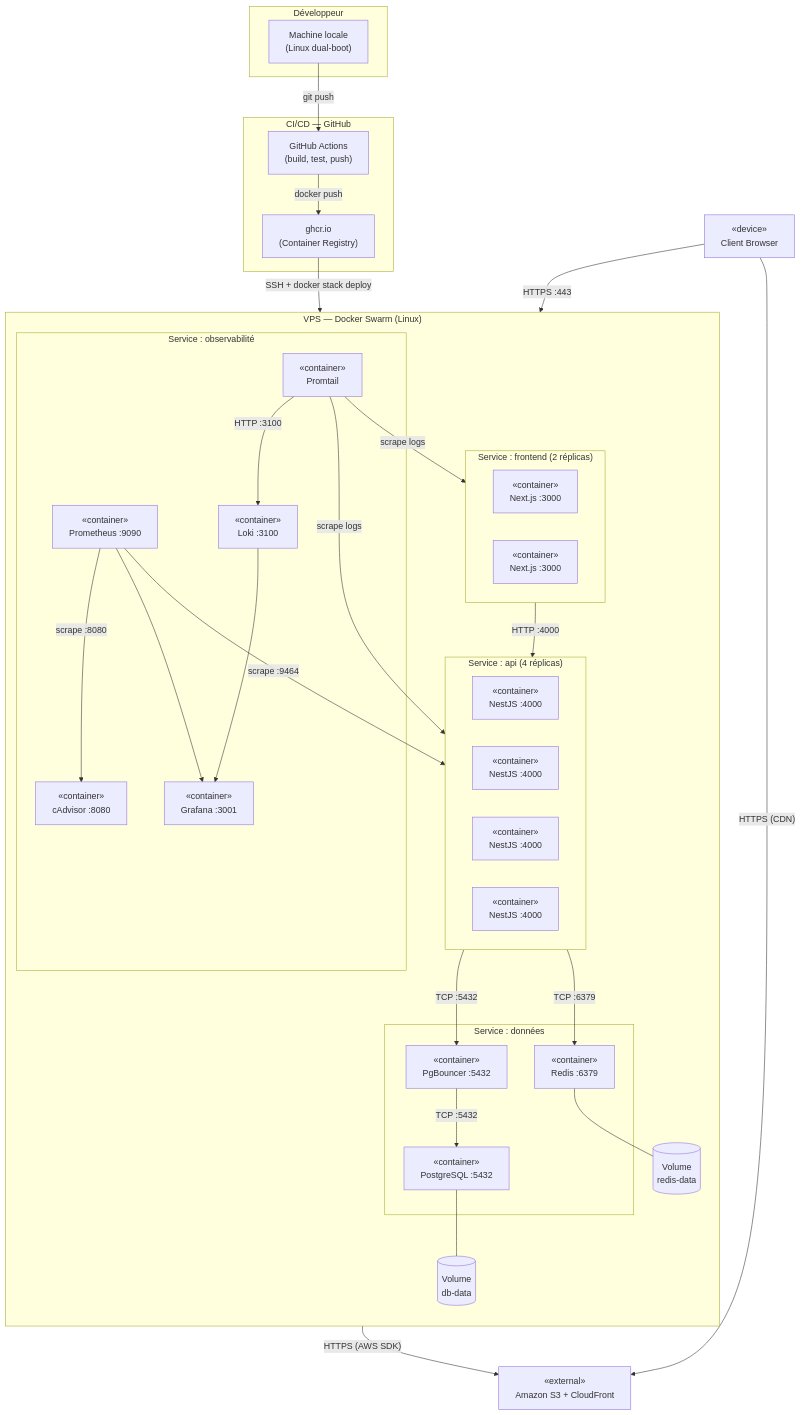
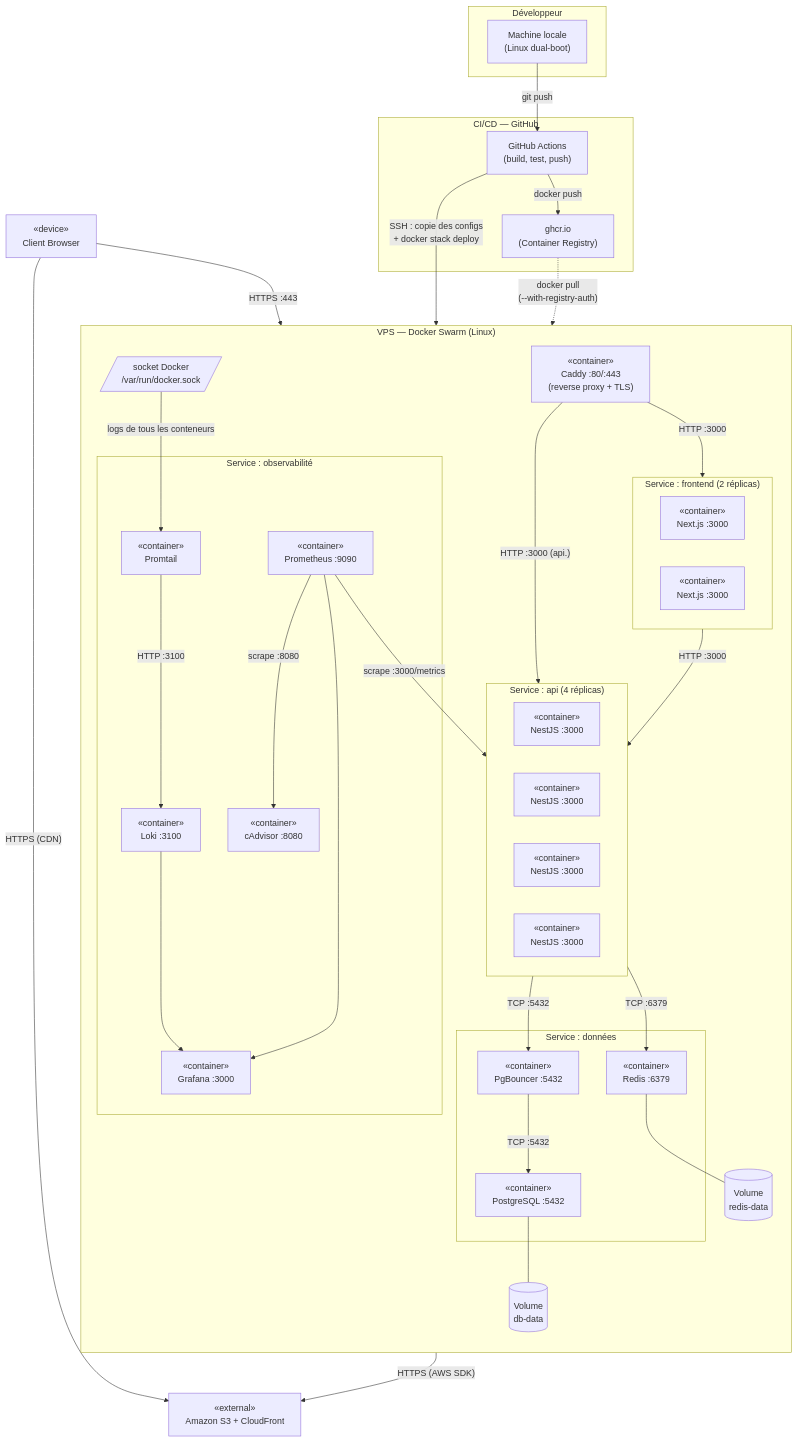
The fifth of 5 diagrams in docs/cartographie-si.md (TonyMascate/fil_rouge_plateforme), drawn with Mermaid before and after one commit. The commit also changed other lines of this file and 8 other files, not shown here.

````diff
--- a/docs/cartographie-si.md
+++ b/docs/cartographie-si.md
@@ -211,71 +242,76 @@
 ```mermaid
 graph TB
   subgraph Dev["Développeur"]
     DevMachine["Machine locale\n(Linux dual-boot)"]
   end
 
   subgraph CICD["CI/CD — GitHub"]
     GHActions["GitHub Actions\n(build, test, push)"]
     GHCR["ghcr.io\n(Container Registry)"]
     GHActions -->|"docker push"| GHCR
   end
 
   subgraph VPS["VPS — Docker Swarm (Linux)"]
     direction TB
 
     subgraph FrontendSvc["Service : frontend (2 réplicas)"]
       Next1["«container»\nNext.js :3000"]
       Next2["«container»\nNext.js :3000"]
     end
 
+    Caddy["«container»\nCaddy :80/:443\n(reverse proxy + TLS)"]
+
     subgraph APISvc["Service : api (4 réplicas)"]
-      API1["«container»\nNestJS :4000"]
-      API2["«container»\nNestJS :4000"]
-      API3["«container»\nNestJS :4000"]
-      API4["«container»\nNestJS :4000"]
+      API1["«container»\nNestJS :3000"]
+      API2["«container»\nNestJS :3000"]
+      API3["«container»\nNestJS :3000"]
+      API4["«container»\nNestJS :3000"]
     end
 
     subgraph DBSvc["Service : données"]
       PgBouncer["«container»\nPgBouncer :5432"]
       PostgreSQL["«container»\nPostgreSQL :5432"]
       Redis["«container»\nRedis :6379"]
     end
 
     subgraph ObsSvc["Service : observabilité"]
       Prometheus["«container»\nPrometheus :9090"]
       Loki["«container»\nLoki :3100"]
-      Grafana["«container»\nGrafana :3001"]
+      Grafana["«container»\nGrafana :3000"]
       Promtail["«container»\nPromtail"]
       cAdvisor["«container»\ncAdvisor :8080"]
     end
 
     PGVol[("Volume\ndb-data")]
     RedisVol[("Volume\nredis-data")]
+    DockerSock[/"socket Docker\n/var/run/docker.sock"/]
   end
 
   S3["«external»\nAmazon S3 + CloudFront"]
   Browser["«device»\nClient Browser"]
 
   DevMachine -->|"git push"| GHActions
-  GHCR -->|"SSH + docker stack deploy"| VPS
+  GHActions -->|"SSH : copie des configs\n+ docker stack deploy"| VPS
+  GHCR -.->|"docker pull\n(--with-registry-auth)"| VPS
 
-  Browser -->|"HTTPS :443"| FrontendSvc
+  Browser -->|"HTTPS :443"| Caddy
   Browser -->|"HTTPS (CDN)"| S3
-  FrontendSvc -->|"HTTP :4000"| APISvc
+  Caddy -->|"HTTP :3000"| FrontendSvc
+  Caddy -->|"HTTP :3000 (api.)"| APISvc
+  FrontendSvc -->|"HTTP :3000"| APISvc
   APISvc -->|"TCP :5432"| PgBouncer
   PgBouncer -->|"TCP :5432"| PostgreSQL
   APISvc -->|"TCP :6379"| Redis
   APISvc -->|"HTTPS (AWS SDK)"| S3
   PostgreSQL --- PGVol
   Redis --- RedisVol
 
   %% AWS est un service externe, non déployé via CI/CD
 
-  Promtail -->|"scrape logs"| APISvc
-  Promtail -->|"scrape logs"| FrontendSvc
+  DockerSock -->|"logs de tous les conteneurs"| Promtail
   Promtail -->|"HTTP :3100"| Loki
-  Prometheus -->|"scrape :9464"| APISvc
+  Prometheus -->|"scrape :3000/metrics"| APISvc
   Prometheus -->|"scrape :8080"| cAdvisor
   Loki --> Grafana
   Prometheus --> Grafana
 ```
````
